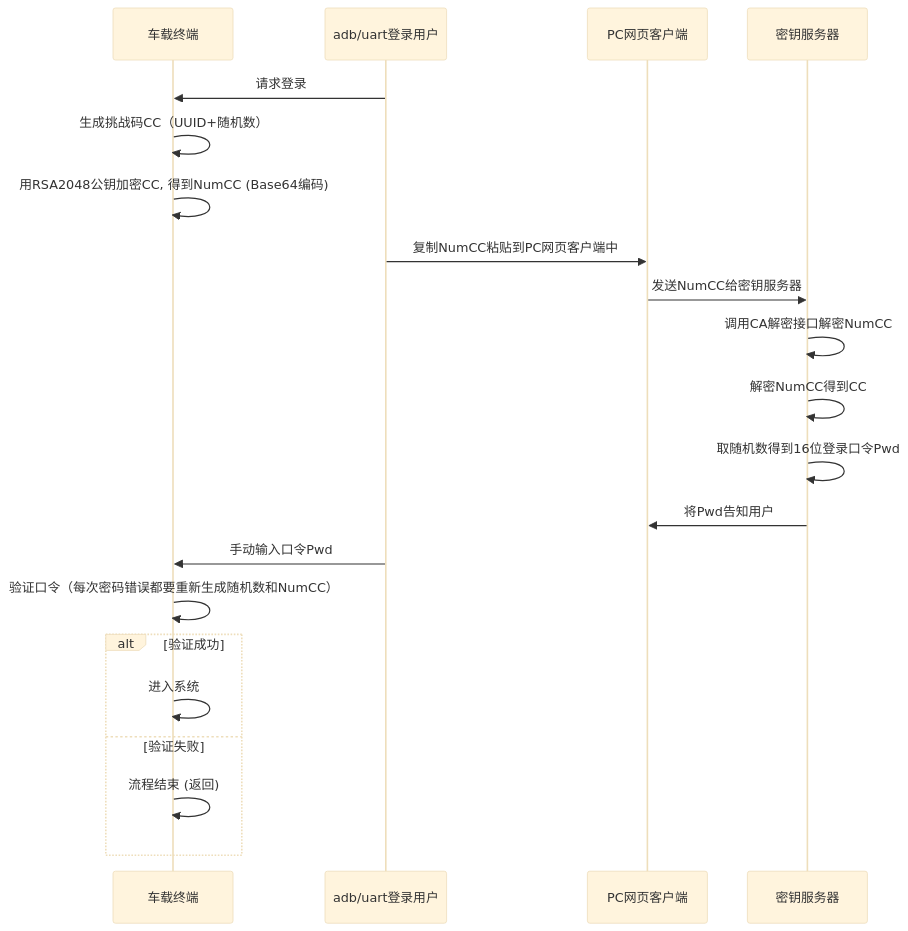
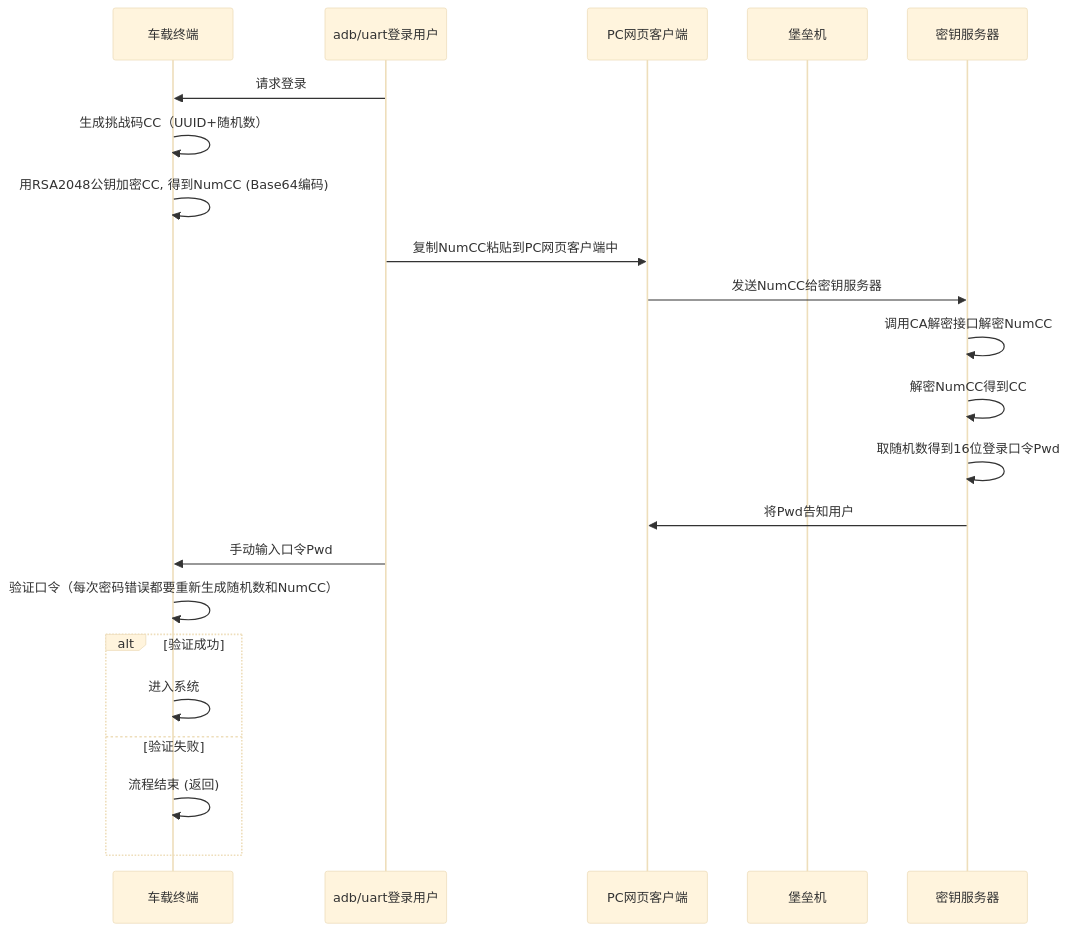
One commit to facebook-cloud/iodraw-files changed the diagram in all/未命名-16.md. Above: the diagram before and after it, drawn with Mermaid (base theme).

Commit message:
2026-02-05 18:02:35 update

````diff
--- a/all/未命名-16.md
+++ b/all/未命名-16.md
@@ -1,28 +1,28 @@
 ```mermaid
 sequenceDiagram
     participant tbox as 车载终端
     participant user as adb/uart登录用户
     participant pc as PC网页客户端
-    participant tech_center as bao'e'li
+    participant tech_c as 堡垒机
     participant tech_center as 密钥服务器
   
 
     user->>tbox: 请求登录
     tbox->>tbox: 生成挑战码CC（UUID+随机数）
     tbox->>tbox: 用RSA2048公钥加密CC, 得到NumCC (Base64编码)
     user->>pc: 复制NumCC粘贴到PC网页客户端中
     pc->>tech_center: 发送NumCC给密钥服务器
     tech_center->>tech_center: 调用CA解密接口解密NumCC
     tech_center->>tech_center: 解密NumCC得到CC
     tech_center->>tech_center: 取随机数得到16位登录口令Pwd
     tech_center->>pc: 将Pwd告知用户
     user->>tbox: 手动输入口令Pwd
     tbox->>tbox: 验证口令（每次密码错误都要重新生成随机数和NumCC）
     alt 验证成功
         tbox->>tbox: 进入系统
     else 验证失败
         tbox->>tbox: 流程结束 (返回)
     end
 
 
 ```
````
